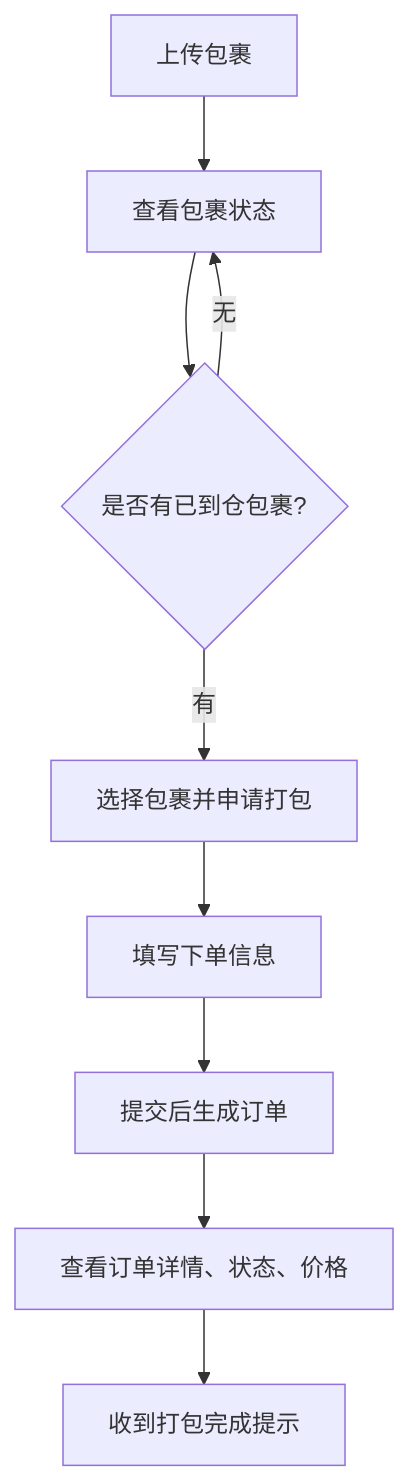
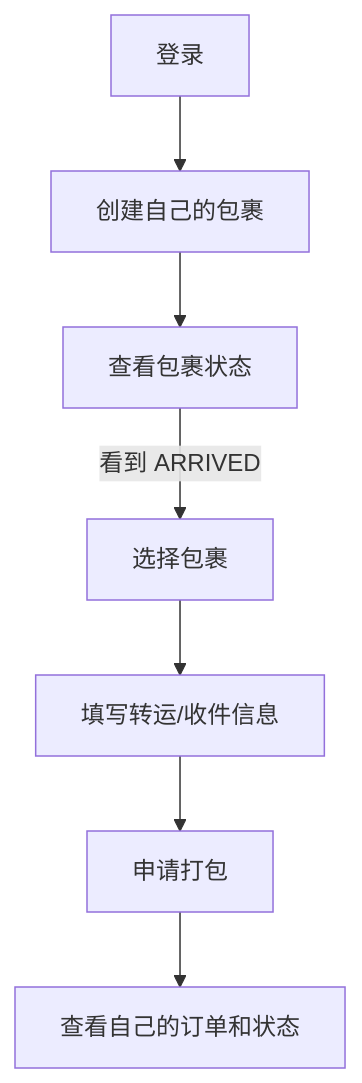
The second of 6 diagrams in FLOWS_DIAGRAMS.md (scottsux/TMS), drawn with Mermaid before and after one commit. The commit also changed other lines of this file and 10 other files, not shown here.

````diff
--- a/FLOWS_DIAGRAMS.md
+++ b/FLOWS_DIAGRAMS.md
@@ -52,11 +37,9 @@
 ```mermaid
 flowchart TD
-    U1[上传包裹] --> U2[查看包裹状态]
-    U2 --> U3{是否有已到仓包裹?}
-    U3 -->|有| U4[选择包裹并申请打包]
-    U4 --> U5[填写下单信息]
-    U5 --> U6[提交后生成订单]
-    U6 --> U7[查看订单详情、状态、价格]
-    U7 --> U8[收到打包完成提示]
-    U3 -->|无| U2
+    C1[登录] --> C2[创建自己的包裹]
+    C2 --> C3[查看包裹状态]
+    C3 -->|看到 ARRIVED| C4[选择包裹]
+    C4 --> C5[填写转运/收件信息]
+    C5 --> C6[申请打包]
+    C6 --> C7[查看自己的订单和状态]
 ```
````
